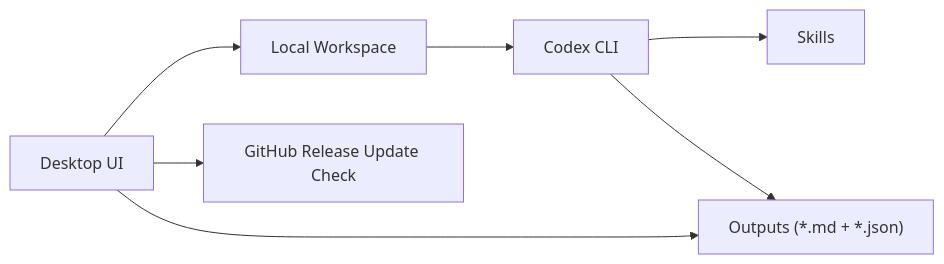
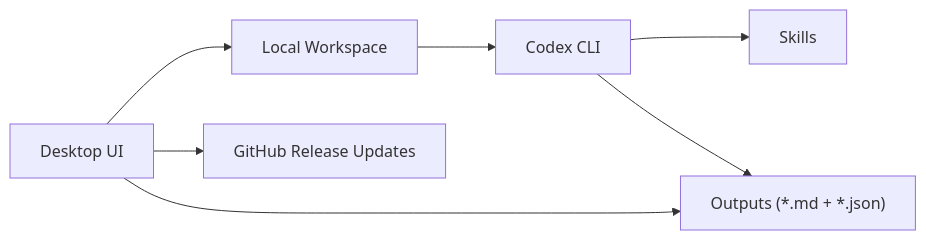
The diagram in README.md (AndyWu0719/research-assistant), drawn with Mermaid before and after one commit. The commit also changed other lines of this file and 8 other files, not shown here.

````diff
--- a/README.md
+++ b/README.md
@@ -38,9 +13,9 @@
 ```mermaid
 flowchart LR
     A["Desktop UI"] --> B["Local Workspace"]
     B --> C["Codex CLI"]
     C --> D["Skills"]
     C --> E["Outputs (*.md + *.json)"]
     A --> E
-    A --> F["GitHub Release Update Check"]
+    A --> F["GitHub Release Updates"]
 ```
````
